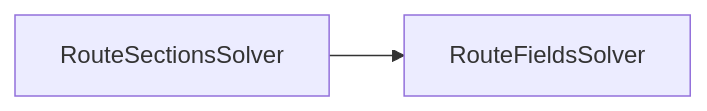
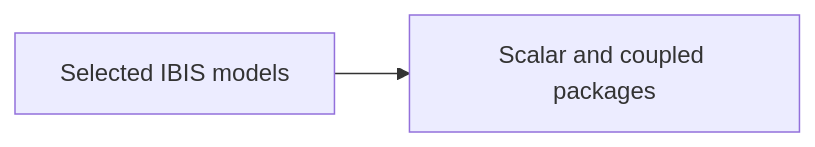
The first of 2 diagrams in docs/ARCHITECTURE.md (ShiboSoftwareDev/signal-integrity-pipeline), drawn with Mermaid before and after one commit. The commit also changed other lines of this file and 26 other files, not shown here.

First line of the commit message:
feat: add IBIS package models, including coupled packages

````diff
--- a/docs/ARCHITECTURE.md
+++ b/docs/ARCHITECTURE.md
@@ -10,4 +11,4 @@
 ```mermaid
 flowchart LR
-  input["RouteSectionsSolver"] --> result["RouteFieldsSolver"]
+  input["Selected IBIS models"] --> result["Scalar and coupled packages"]
 ```
````
